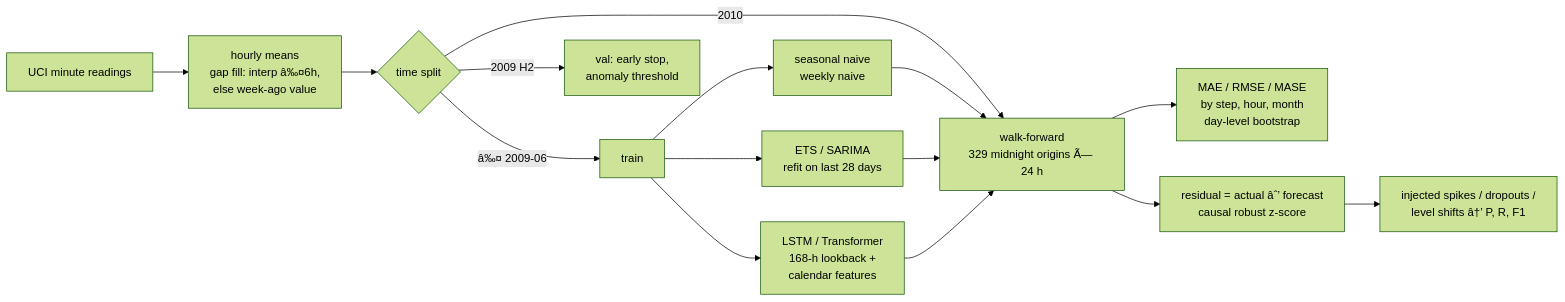
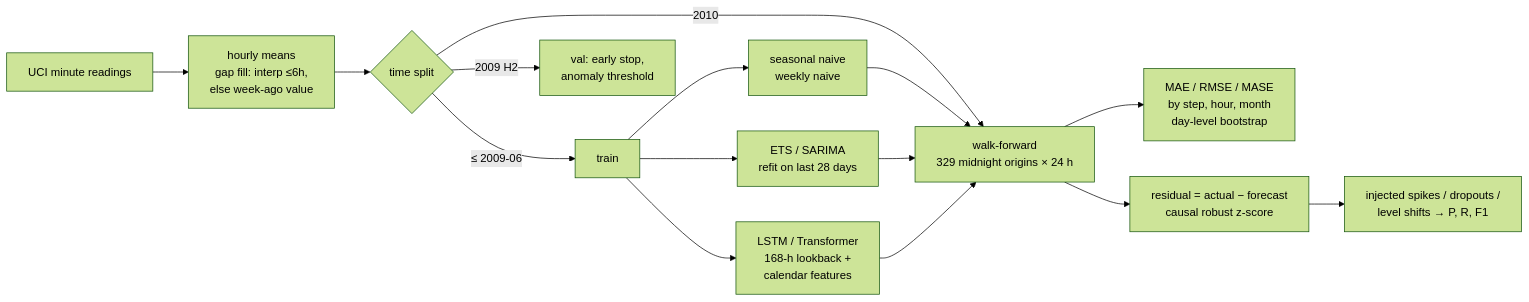
Before and after one commit to JDevender007/Artificial_Intelligence: the diagram in 05-energy-forecasting/README.md, drawn with Mermaid (forest theme). The commit also changed other lines of this file and 51 other files, not shown here.

````diff
--- a/05-energy-forecasting/README.md
+++ b/05-energy-forecasting/README.md
@@ -59,15 +59,15 @@
 ```mermaid
 flowchart LR
-    A[UCI minute readings] --> B[hourly means<br/>gap fill: interp â‰¤6h,<br/>else week-ago value]
+    A[UCI minute readings] --> B[hourly means<br/>gap fill: interp ≤6h,<br/>else week-ago value]
     B --> C{time split}
-    C -->|â‰¤ 2009-06| T[train]
+    C -->|≤ 2009-06| T[train]
     C -->|2009 H2| V[val: early stop,<br/>anomaly threshold]
-    C -->|2010| W[walk-forward<br/>329 midnight origins Ã— 24 h]
+    C -->|2010| W[walk-forward<br/>329 midnight origins × 24 h]
     T --> M1[seasonal naive<br/>weekly naive]
     T --> M2[ETS / SARIMA<br/>refit on last 28 days]
     T --> M3[LSTM / Transformer<br/>168-h lookback +<br/>calendar features]
     M1 & M2 & M3 --> W
     W --> R[MAE / RMSE / MASE<br/>by step, hour, month<br/>day-level bootstrap]
-    W --> D[residual = actual âˆ’ forecast<br/>causal robust z-score]
-    D --> X[injected spikes / dropouts /<br/>level shifts â†’ P, R, F1]
+    W --> D[residual = actual − forecast<br/>causal robust z-score]
+    D --> X[injected spikes / dropouts /<br/>level shifts → P, R, F1]
 ```
````
